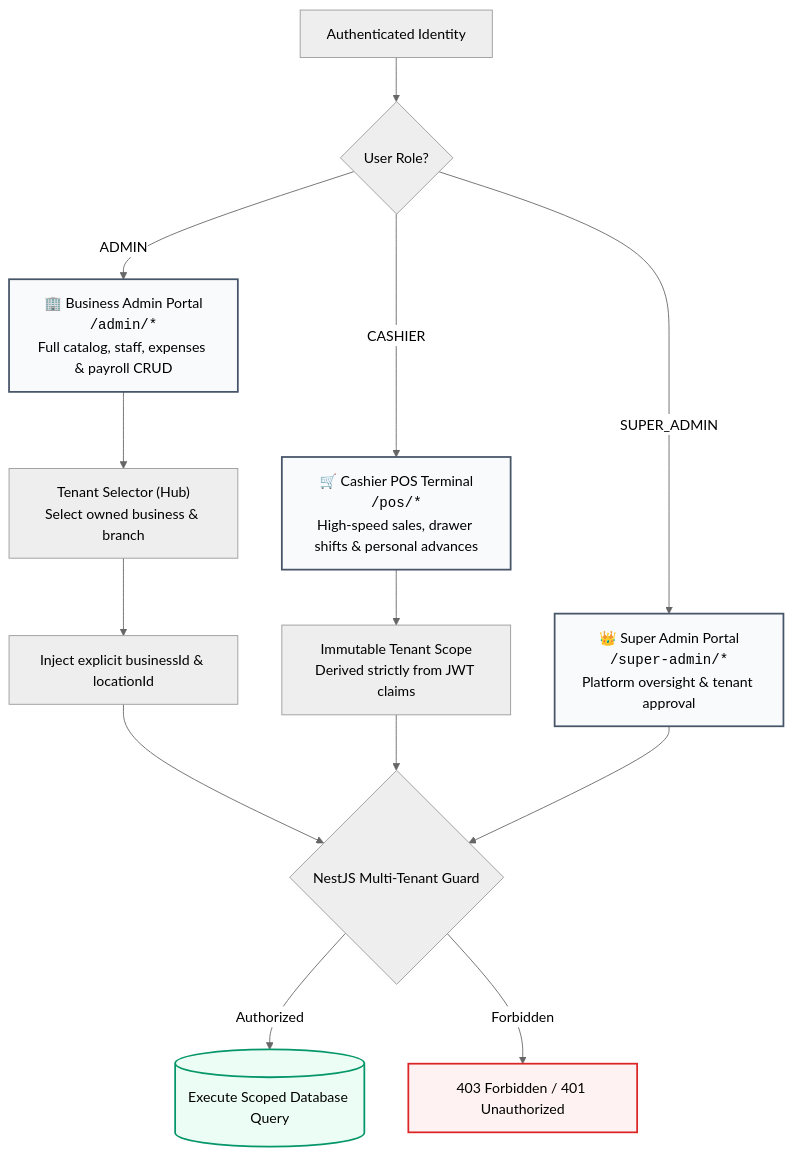
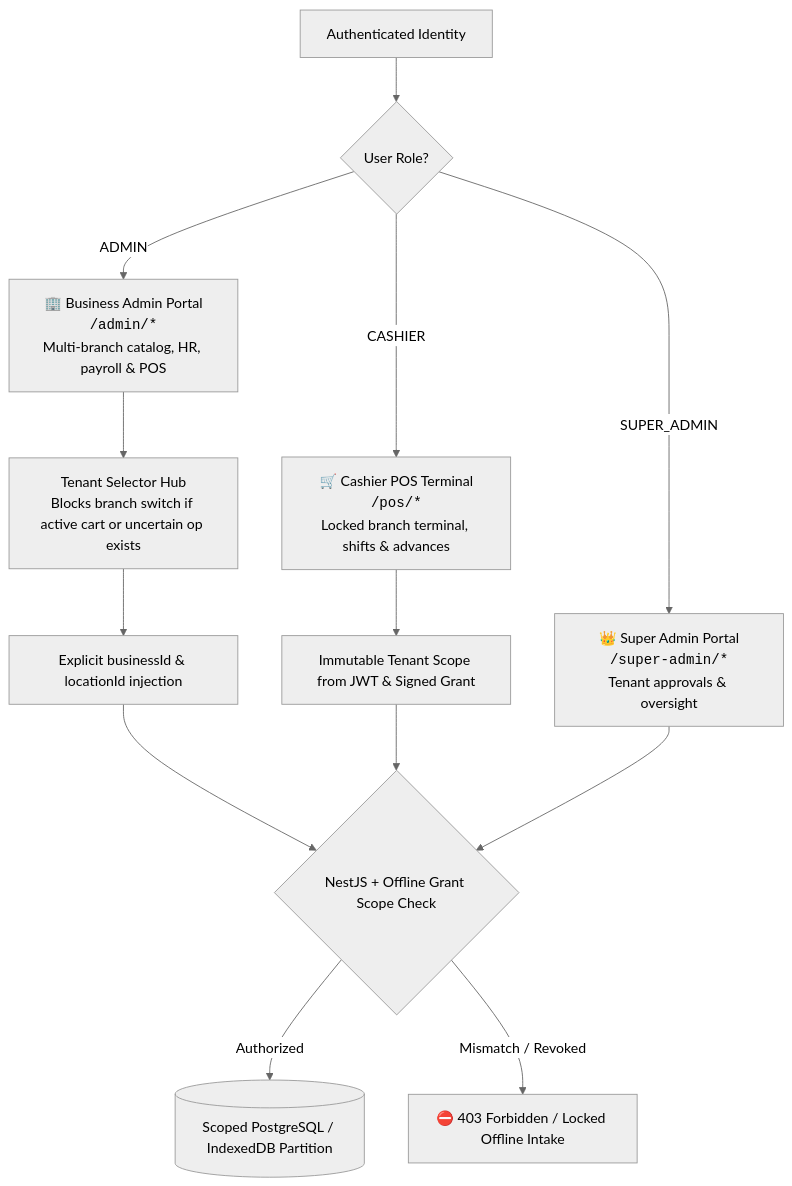
The fifth of 6 diagrams in README.md (ZxAYED/suntech-pos-frontendw), drawn with Mermaid (neutral theme) before and after one commit. The commit also changed other lines of this file and 147 other files, not shown here.

````diff
--- a/README.md
+++ b/README.md
@@ -210,27 +239,16 @@
 ```mermaid
 flowchart TD
   AUTH["Authenticated Identity"] --> ROLE{"User Role?"}
-  
-  ROLE -->|SUPER_ADMIN| SA["👑 Super Admin Portal<br/><code>/super-admin/*</code><br/>Platform oversight & tenant approval"]
-  ROLE -->|ADMIN| AD["🏢 Business Admin Portal<br/><code>/admin/*</code><br/>Full catalog, staff, expenses & payroll CRUD"]
-  ROLE -->|CASHIER| CA["🛒 Cashier POS Terminal<br/><code>/pos/*</code><br/>High-speed sales, drawer shifts & personal advances"]
 
-  AD --> SELECT["Tenant Selector (Hub)<br/>Select owned business & branch"]
-  SELECT --> SCOPE["Inject explicit businessId & locationId"]
-  
-  CA --> FIXED["Immutable Tenant Scope<br/>Derived strictly from JWT claims"]
-  
-  SCOPE --> BACKEND_CHECK{"NestJS Multi-Tenant Guard"}
-  FIXED --> BACKEND_CHECK
-  SA --> BACKEND_CHECK
-  
-  BACKEND_CHECK -->|Authorized| DB[("Execute Scoped Database Query")]
-  BACKEND_CHECK -->|Forbidden| REJECT["403 Forbidden / 401 Unauthorized"]
+  ROLE -->|SUPER_ADMIN| SA["👑 Super Admin Portal<br/><code>/super-admin/*</code><br/>Tenant approvals & oversight"]
+  ROLE -->|ADMIN| AD["🏢 Business Admin Portal<br/><code>/admin/*</code><br/>Multi-branch catalog, HR, payroll & POS"]
+  ROLE -->|CASHIER| CA["🛒 Cashier POS Terminal<br/><code>/pos/*</code><br/>Locked branch terminal, shifts & advances"]
 
-  classDef role fill:#f8fafc,stroke:#475569,stroke-width:2px;
-  classDef secure fill:#ecfdf5,stroke:#059669,stroke-width:2px;
-  classDef alert fill:#fef2f2,stroke:#dc2626,stroke-width:2px;
-  class SA,AD,CA role;
-  class DB secure;
-  class REJECT alert;
+  AD --> SELECT["Tenant Selector Hub<br/>Blocks branch switch if active cart or uncertain op exists"]
+  SELECT --> SCOPE["Explicit businessId & locationId injection"]
+  CA --> FIXED["Immutable Tenant Scope from JWT & Signed Grant"]
+
+  SCOPE & FIXED & SA --> GUARD{"NestJS + Offline Grant Scope Check"}
+  GUARD -->|Authorized| DB[("Scoped PostgreSQL / IndexedDB Partition")]
+  GUARD -->|Mismatch / Revoked| REJECT["⛔ 403 Forbidden / Locked Offline Intake"]
 ```
````
